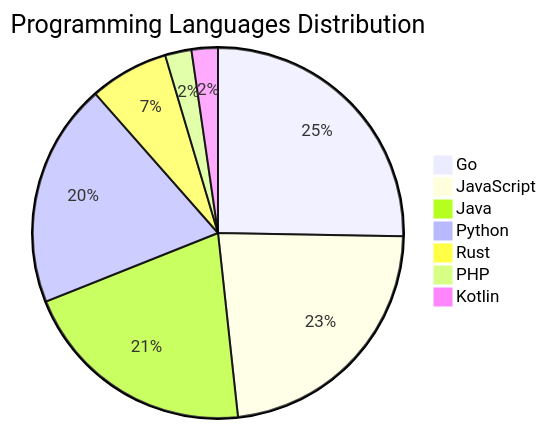
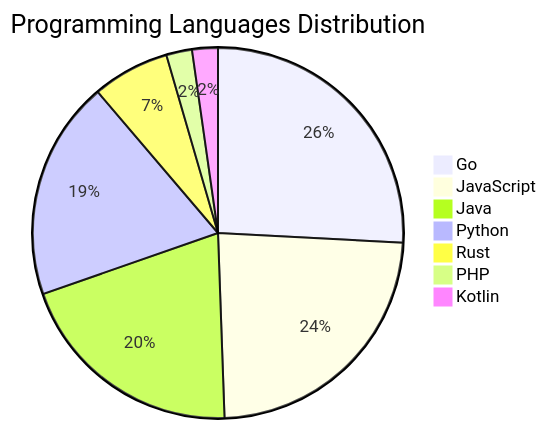
The diagram in README.md (Derrick-MUGISHA/github-activity-bot), drawn with Mermaid before and after one commit. The commit also changed other lines of this file and 3 other files, not shown here.

````diff
--- a/README.md
+++ b/README.md
@@ -73,10 +73,10 @@
 ```mermaid
 pie title Programming Languages Distribution
-    "Go" : 22
-    "JavaScript" : 20
+    "Go" : 23
+    "JavaScript" : 21
     "Java" : 18
     "Python" : 17
     "Rust" : 6
     "PHP" : 2
     "Kotlin" : 2
 ```
````
